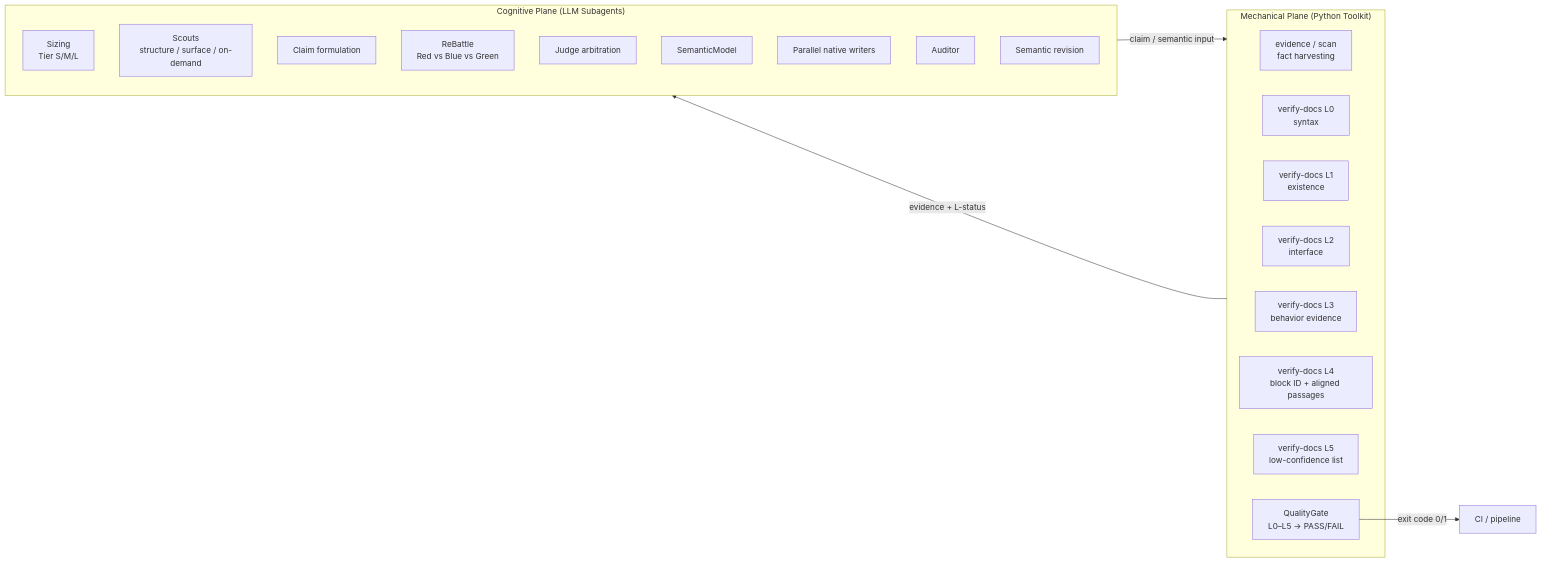
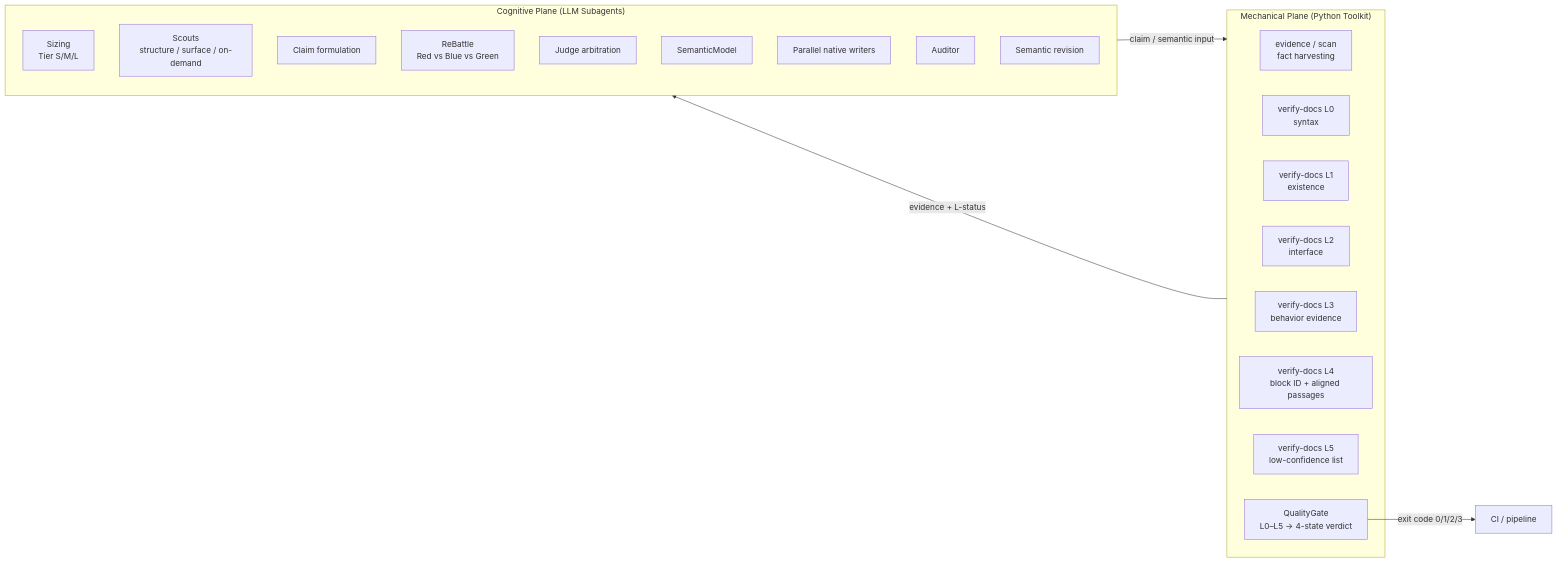
One commit to somnifex/MakeWiki.skills changed the diagram in README.en.md. Above: the diagram before and after it, drawn with Mermaid. The commit also changed other lines of this file and 31 other files, not shown here.

````diff
--- a/README.en.md
+++ b/README.en.md
@@ -104,29 +104,29 @@
 ```mermaid
 flowchart LR
     subgraph Cognitive["Cognitive Plane (LLM Subagents)"]
         Sizing["Sizing<br/>Tier S/M/L"]
         Scout["Scouts<br/>structure / surface / on-demand"]
         Claims["Claim formulation"]
         ReB["ReBattle<br/>Red vs Blue vs Green"]
         Judge["Judge arbitration"]
         Model["SemanticModel"]
         Writers["Parallel native writers"]
         Audit["Auditor"]
         Revise["Semantic revision"]
     end
 
     subgraph Mechanical["Mechanical Plane (Python Toolkit)"]
         Evid["evidence / scan<br/>fact harvesting"]
         V0["verify-docs L0<br/>syntax"]
         V1["verify-docs L1<br/>existence"]
         V2["verify-docs L2<br/>interface"]
         V3["verify-docs L3<br/>behavior evidence"]
         V4["verify-docs L4<br/>block ID + aligned passages"]
         V5["verify-docs L5<br/>low-confidence list"]
-        QG["QualityGate<br/>L0–L5 → PASS/FAIL"]
+        QG["QualityGate<br/>L0–L5 → 4-state verdict"]
     end
 
     Cognitive -->|claim / semantic input| Mechanical
     Mechanical -->|evidence + L-status| Cognitive
-    QG -->|exit code 0/1| CI[CI / pipeline]
+    QG -->|exit code 0/1/2/3| CI[CI / pipeline]
 ```
````
